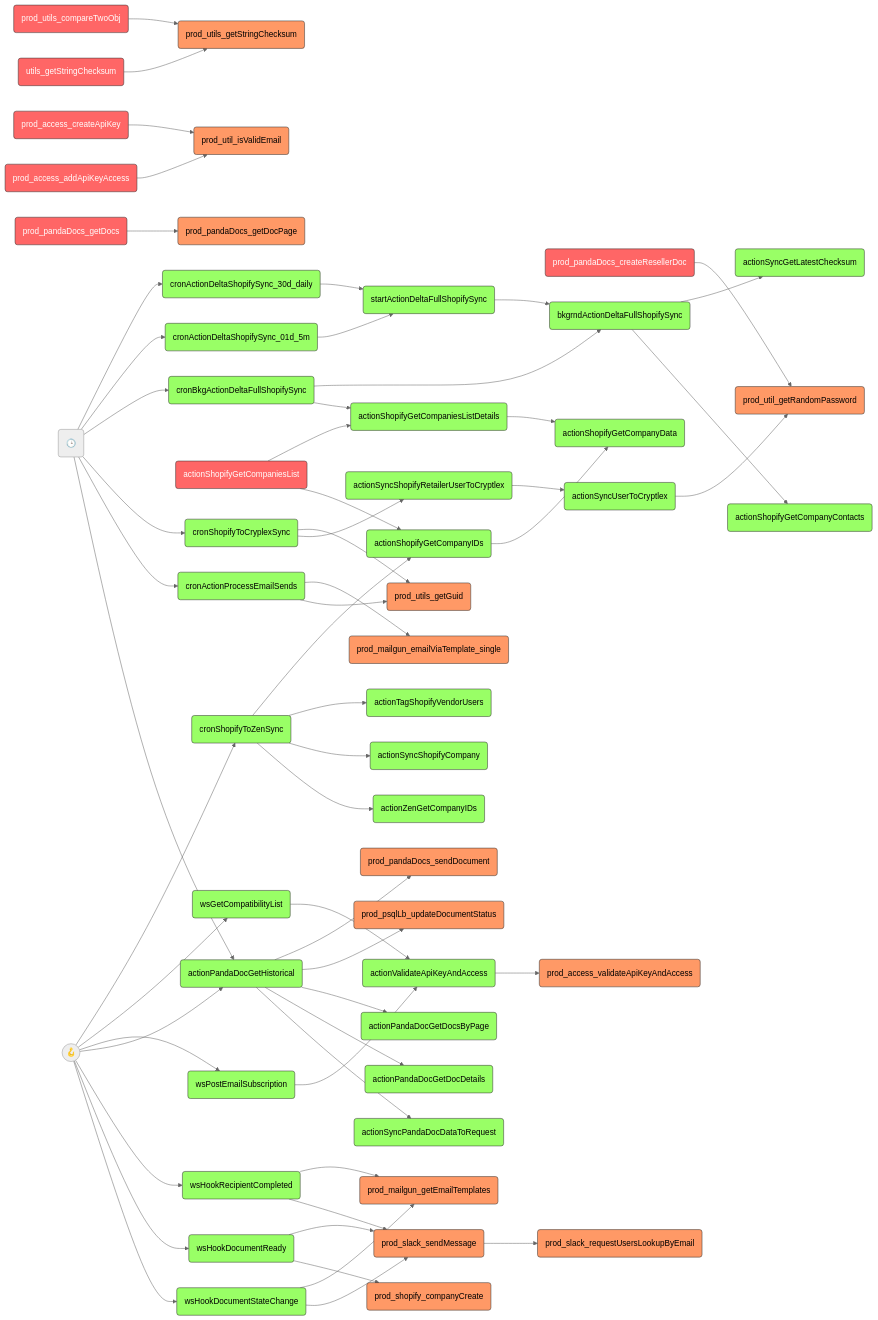
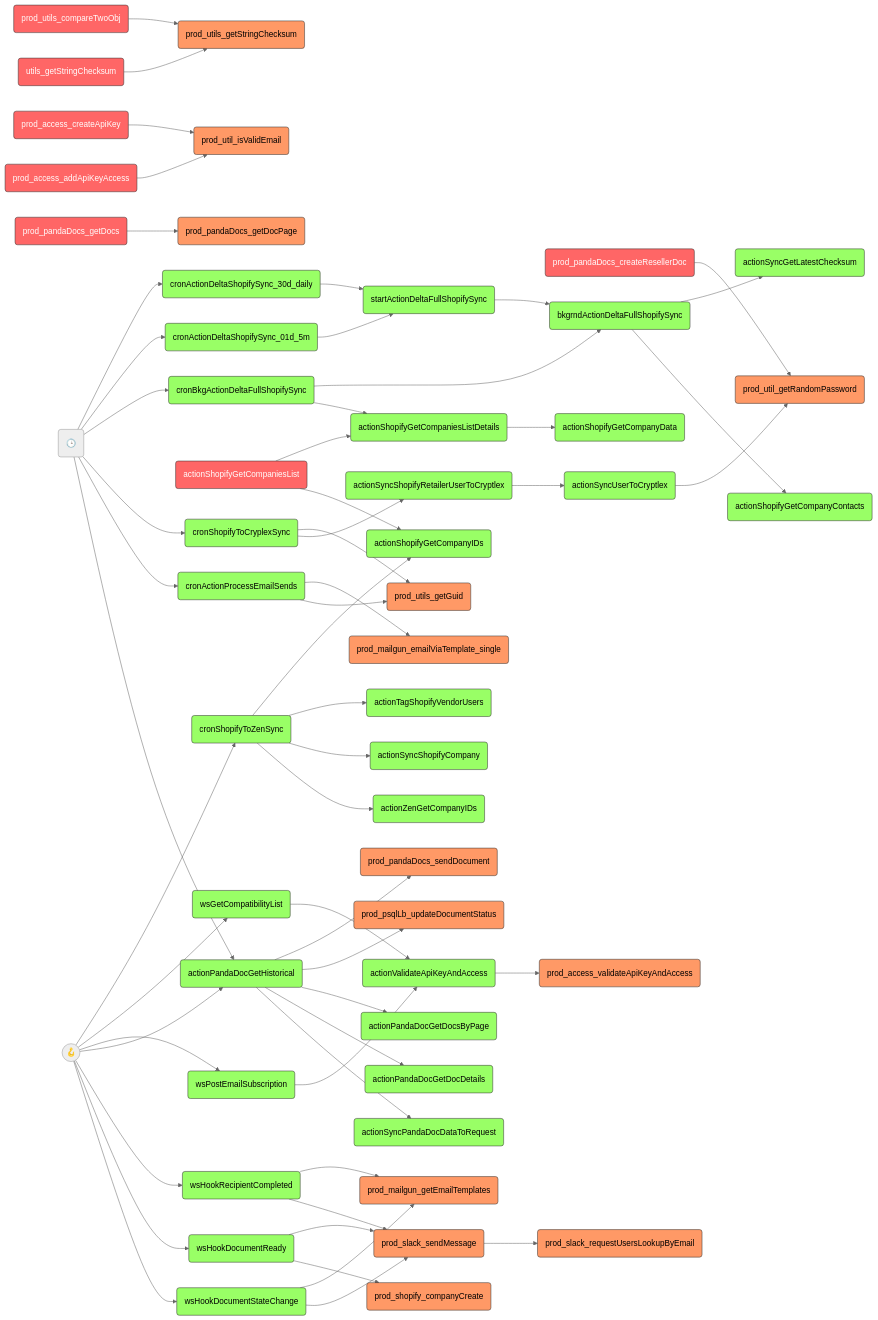
One commit to joze-liburn/uibakery changed the diagram in callgraph.md. Above: the diagram before and after it, drawn with Mermaid (neutral theme).

Commit message:
One call that doesn't exist (anymore?) removed.

````diff
--- a/callgraph.md
+++ b/callgraph.md
@@ -5,70 +5,69 @@
 ```mermaid
 graph LR
   classDef automation fill:#9f6,stroke:#333;
   classDef action fill:#f96,stroke:#333;
   classDef database fill:#96f,stroke:#333;
   classDef error fill:#f66,stroke:#,color:#fff;
 
   act10(prod_utils_compareTwoObj) --> act11(prod_utils_getStringChecksum)
   act13(prod_access_createApiKey) --> act08(prod_util_isValidEmail)
   act14(prod_access_addApiKeyAccess) --> act08(prod_util_isValidEmail)
   act20(prod_pandaDocs_createResellerDoc) --> act07(prod_util_getRandomPassword)
   act23(prod_pandaDocs_getDocs) --> act24(prod_pandaDocs_getDocPage)
   act27(prod_slack_sendMessage) --> act26(prod_slack_requestUsersLookupByEmail)
   aut01(cronActionDeltaShopifySync_30d_daily) --> aut03(startActionDeltaFullShopifySync)
   aut02(cronActionDeltaShopifySync_01d_5m) --> aut03(startActionDeltaFullShopifySync)
   aut03(startActionDeltaFullShopifySync) --> aut05(bkgrndActionDeltaFullShopifySync)
   aut04(cronBkgActionDeltaFullShopifySync) --> aut05(bkgrndActionDeltaFullShopifySync)
   aut04(cronBkgActionDeltaFullShopifySync) --> aut08(actionShopifyGetCompaniesListDetails)
   aut05(bkgrndActionDeltaFullShopifySync) --> aut06(actionSyncGetLatestChecksum)
   aut05(bkgrndActionDeltaFullShopifySync) --> aut10(actionShopifyGetCompanyContacts)
   aut07(actionShopifyGetCompaniesList) --> aut08(actionShopifyGetCompaniesListDetails)
   aut07(actionShopifyGetCompaniesList) --> aut09(actionShopifyGetCompanyIDs)
   aut08(actionShopifyGetCompaniesListDetails) --> aut11(actionShopifyGetCompanyData)
-  aut09(actionShopifyGetCompanyIDs) --> aut11(actionShopifyGetCompanyData)
   aut13(cronShopifyToZenSync) --> aut09(actionShopifyGetCompanyIDs)
   aut13(cronShopifyToZenSync) --> aut12(actionTagShopifyVendorUsers)
   aut13(cronShopifyToZenSync) --> aut15(actionSyncShopifyCompany)
   aut13(cronShopifyToZenSync) --> aut16(actionZenGetCompanyIDs)
   aut17(cronShopifyToCryplexSync) --> act05(prod_utils_getGuid)
   aut17(cronShopifyToCryplexSync) --> aut18(actionSyncShopifyRetailerUserToCryptlex)
   aut18(actionSyncShopifyRetailerUserToCryptlex) --> aut19(actionSyncUserToCryptlex)
   aut19(actionSyncUserToCryptlex) --> act07(prod_util_getRandomPassword)
   aut20(cronActionProcessEmailSends) --> act02(prod_mailgun_emailViaTemplate_single)
   aut20(cronActionProcessEmailSends) --> act05(prod_utils_getGuid)
   aut27(wsGetCompatibilityList) --> aut29(actionValidateApiKeyAndAccess)
   aut28(wsPostEmailSubscription) --> aut29(actionValidateApiKeyAndAccess)
   aut29(actionValidateApiKeyAndAccess) --> act18(prod_access_validateApiKeyAndAccess)
   aut30(actionPandaDocGetHistorical) --> act19(prod_pandaDocs_sendDocument)
   aut30(actionPandaDocGetHistorical) --> act25(prod_psqlLb_updateDocumentStatus)
   aut30(actionPandaDocGetHistorical) --> aut31(actionPandaDocGetDocsByPage)
   aut30(actionPandaDocGetHistorical) --> aut32(actionPandaDocGetDocDetails)
   aut30(actionPandaDocGetHistorical) --> aut33(actionSyncPandaDocDataToRequest)
   aut34(wsHookRecipientCompleted) --> act04(prod_mailgun_getEmailTemplates)
   aut34(wsHookRecipientCompleted) --> act27(prod_slack_sendMessage)
   aut35(wsHookDocumentReady) --> act27(prod_slack_sendMessage)
   aut35(wsHookDocumentReady) --> act28(prod_shopify_companyCreate)
   aut36(wsHookDocumentStateChange) --> act04(prod_mailgun_getEmailTemplates)
   aut36(wsHookDocumentStateChange) --> act27(prod_slack_sendMessage)
   aut37(utils_getStringChecksum) --> act11(prod_utils_getStringChecksum)
   cron(🕒) --> aut01(cronActionDeltaShopifySync_30d_daily)
   cron(🕒) --> aut02(cronActionDeltaShopifySync_01d_5m)
   cron(🕒) --> aut04(cronBkgActionDeltaFullShopifySync)
   cron(🕒) --> aut17(cronShopifyToCryplexSync)
   cron(🕒) --> aut20(cronActionProcessEmailSends)
   cron(🕒) --> aut30(actionPandaDocGetHistorical)
   wh((🪝)) --> aut13(cronShopifyToZenSync)
   wh((🪝)) --> aut27(wsGetCompatibilityList)
   wh((🪝)) --> aut28(wsPostEmailSubscription)
   wh((🪝)) --> aut30(actionPandaDocGetHistorical)
   wh((🪝)) --> aut34(wsHookRecipientCompleted)
   wh((🪝)) --> aut35(wsHookDocumentReady)
   wh((🪝)) --> aut36(wsHookDocumentStateChange)
 
   class act10,act13,act14,act20,act23 error
   class aut07,aut37 error
   class aut01,aut02,aut03,aut04,aut05,aut06,aut07,aut08,aut09,aut10,aut11,aut12,aut13,aut14,aut15,aut16,aut17,aut18,aut19,aut20,aut21,aut22,aut23,aut24,aut25,aut26,aut27,aut28,aut29,aut30,aut31,aut32,aut33,aut34,aut35,aut36,aut37,aut38,aut39 automation
   class act01,act02,act03,act04,act05,act06,act07,act08,act09,act10,act11,act12,act13,act14,act15,act16,act17,act18,act19,act20,act21,act22,act23,act24,act25,act26,act27,act28,act29,act30,act31,act32,act33,act34,act35,act36,act37,act38,act39 action
   class act10,act13,act14,act20,act23 error
   class aut07,aut37 error
 ```
````
